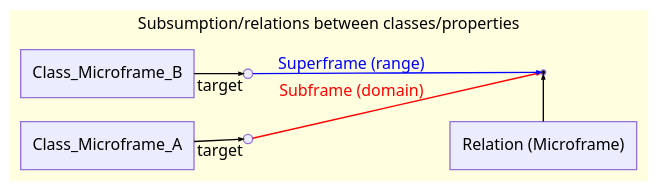
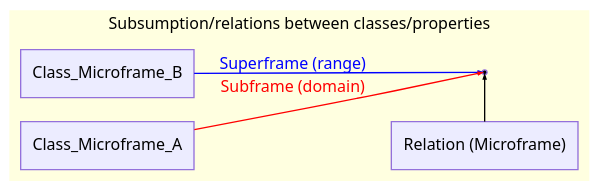
Before and after one commit to FrameNetBrasil/webtool4: the second of 3 diagrams in app/UI/views/Documentation/background/microframes.md, drawn with Graphviz. The commit also changed other lines of this file and 25 other files, not shown here.

````diff
--- a/app/UI/views/Documentation/background/microframes.md
+++ b/app/UI/views/Documentation/background/microframes.md
@@ -89,32 +89,28 @@
 ```dot
 digraph G {
     graph [fontname="Noto Sans" fontsize=12];
     node [fontname="Noto Sans" fontsize=12 shape=rectangle style=filled color="#9370DB" fillcolor="#ECECFF"];
     edge [fontname="Noto Sans" fontsize=12];
     layout=dot
     rankdir=LR;
     bgcolor=transparent;
 
     subgraph cluster_0 {
         style=filled;
         color=lightyellow;
         label = "Subsumption/relations between classes/properties";
         
         cB [label="Class_Microframe_B"]
         cA [label="Class_Microframe_A"]
         mf [label="Relation (Microframe)"]
         relation [shape=point fillcolor=black]
-        feX [shape=circle label="", xlabel="target" width="0.1"]
-        feTarget [shape=circle label="", xlabel="target" width="0.1"]
         
         // Force mf to be on the right side
         {rank=same; relation; mf}
         
-        cA -> feX [arrowsize=0.3]
-        cB-> feTarget [arrowsize=0.3]
-        feX -> relation  [arrowsize=0.3 label="Subframe (domain)" color="red" fontcolor=red]
-        feTarget -> relation [arrowsize=0.3  label="Superframe (range)"  color="blue" fontcolor=blue]
+        cA -> relation  [arrowsize=0.3 label="Subframe (domain)" color="red" fontcolor=red]
+        cB -> relation [arrowsize=0.3  label="Superframe (range)"  color="blue" fontcolor=blue]
         mf -> relation [arrowsize=0.3]
     }
 }
 ```
````
